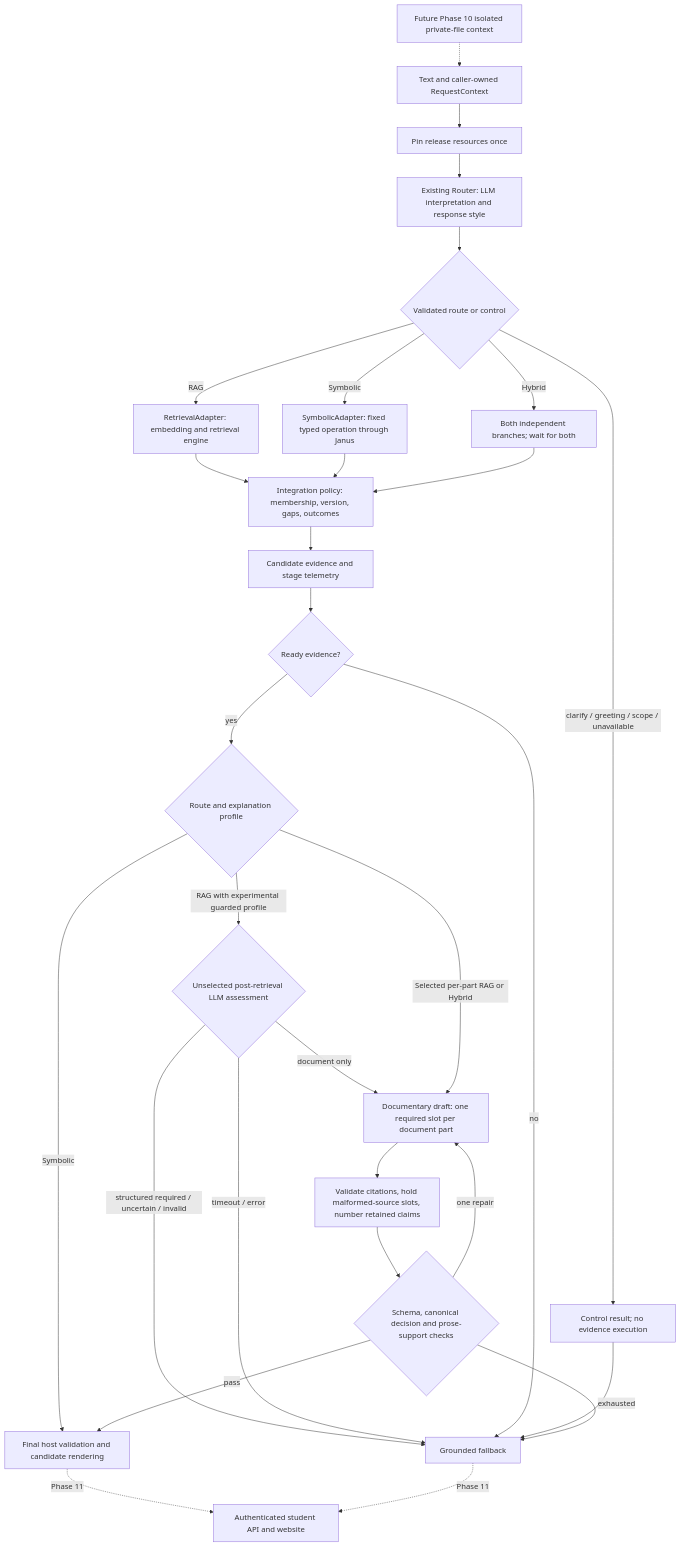
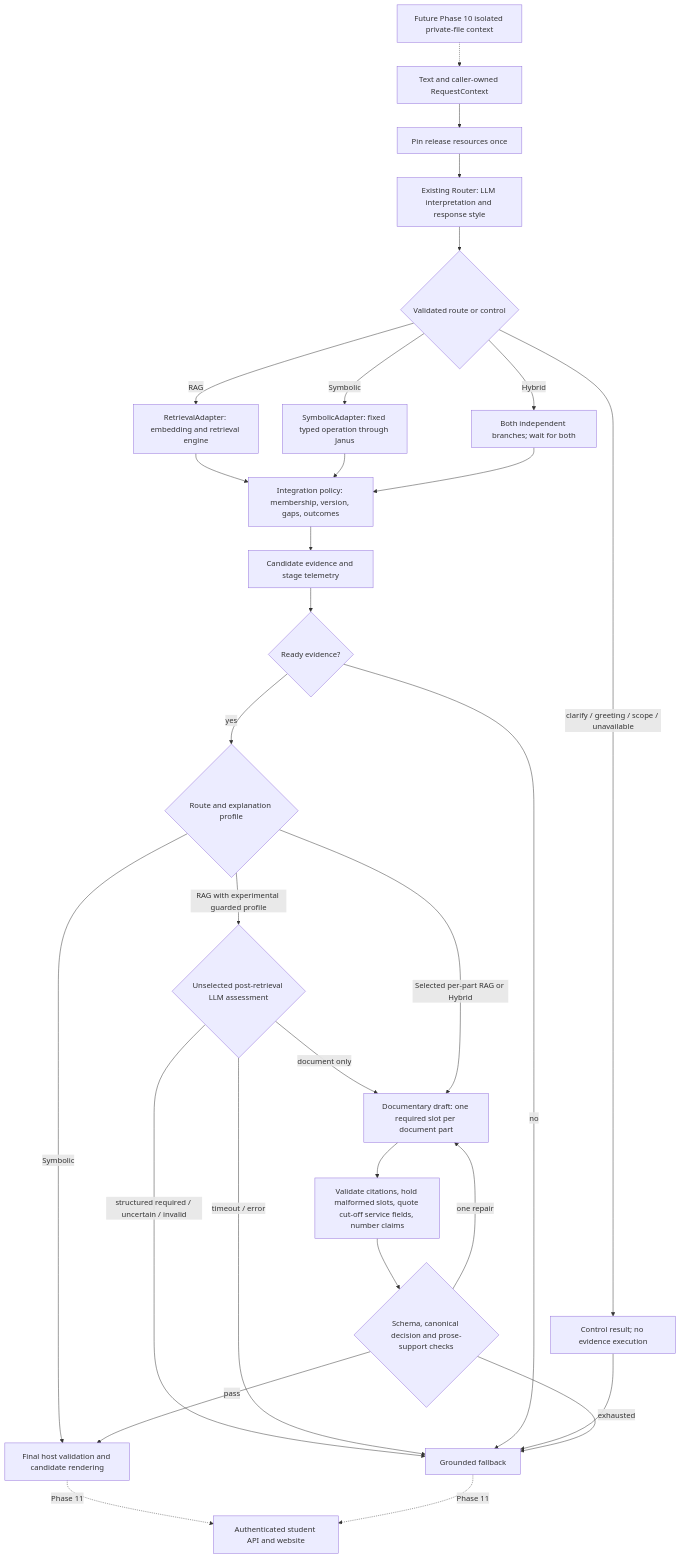
The second of 2 diagrams in docs/development/pipelines.md (bintanong420/Bintanong), drawn with Mermaid before and after one commit. The commit also changed 6 other files, not shown here.

Commit message:
fix(generation): preserve cut-off service fields verbatim

````diff
--- a/docs/development/pipelines.md
+++ b/docs/development/pipelines.md
@@ -62,32 +62,32 @@
 ```mermaid
 flowchart TD
     Q[Text and caller-owned RequestContext] --> P[Pin release resources once]
     P --> L[Existing Router: LLM interpretation and response style]
     L --> G{Validated route or control}
     G -->|clarify / greeting / scope / unavailable| C[Control result; no evidence execution]
     G -->|RAG| R[RetrievalAdapter: embedding and retrieval engine]
     G -->|Symbolic| S[SymbolicAdapter: fixed typed operation through Janus]
     G -->|Hybrid| H[Both independent branches; wait for both]
     R --> I[Integration policy: membership, version, gaps, outcomes]
     S --> I
     H --> I
     I --> E[Candidate evidence and stage telemetry]
     E --> K{Ready evidence?}
     K -->|yes| X{Route and explanation profile}
     X -->|RAG with experimental guarded profile| PG{Unselected post-retrieval LLM assessment}
     PG -->|document only| D[Documentary draft: one required slot per document part]
     PG -->|structured required / uncertain / invalid| B
     PG -->|timeout / error| B
     X -->|Selected per-part RAG or Hybrid| D
     X -->|Symbolic| A
     K -->|no| B
     C --> B
-    D --> SH[Validate citations, hold malformed-source slots, number retained claims]
+    D --> SH[Validate citations, hold malformed slots, quote cut-off service fields, number claims]
     SH --> V{Schema, canonical decision and prose-support checks}
     V -->|pass| A[Final host validation and candidate rendering]
     V -->|one repair| D
     V -->|exhausted| B[Grounded fallback]
     A -. Phase 11 .-> U[Authenticated student API and website]
     B -. Phase 11 .-> U
     F[Future Phase 10 isolated private-file context] -.-> Q
 ```
````
